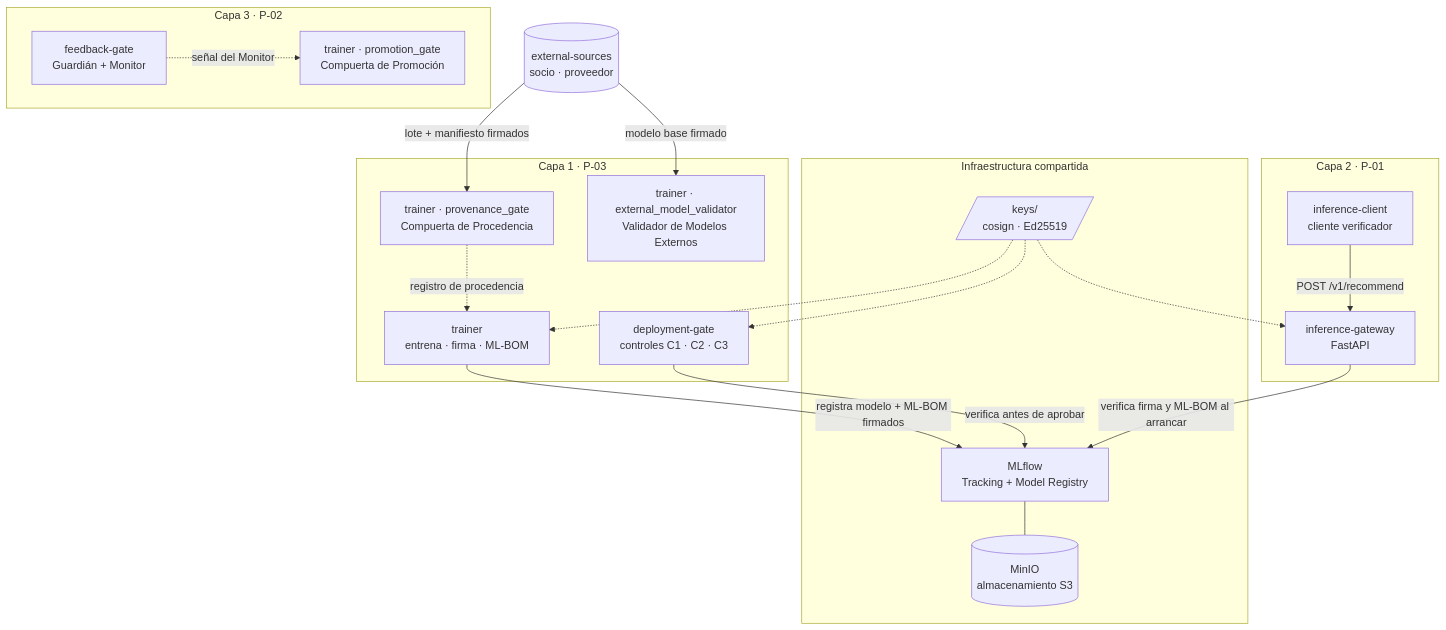
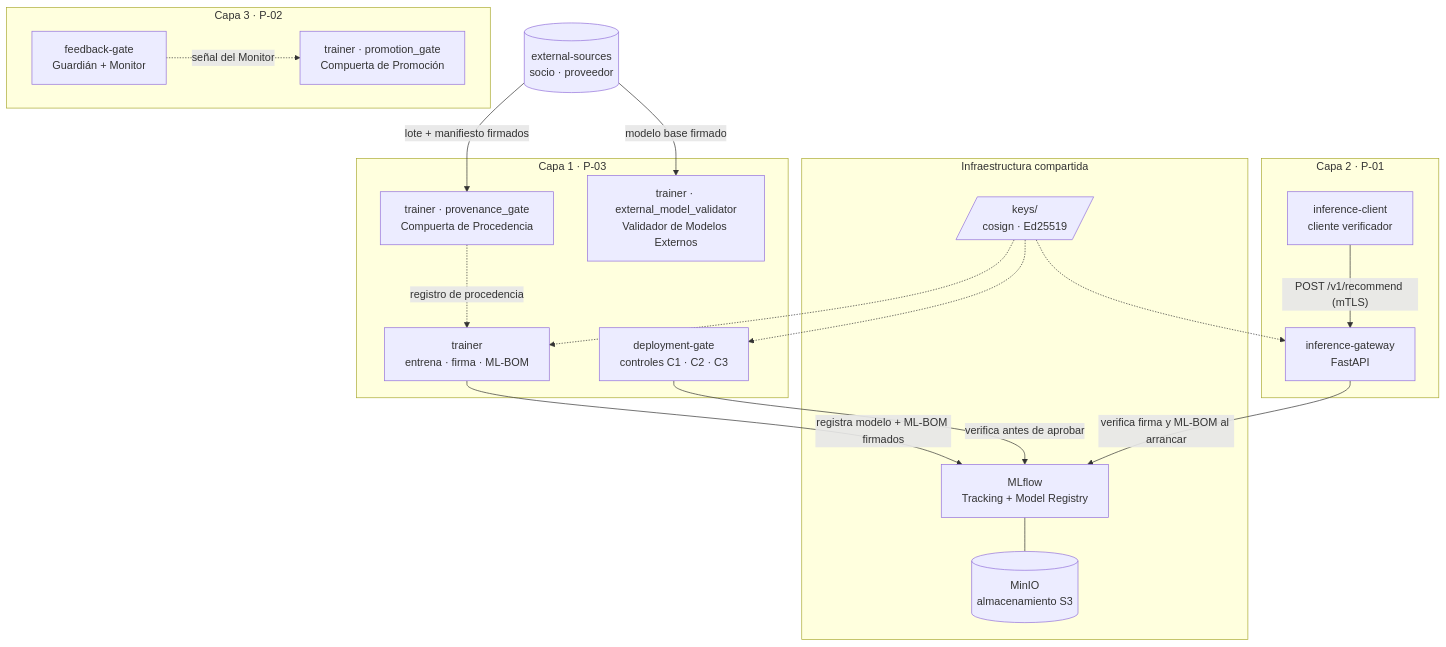
Before and after one commit to nromeron/Prototipo-RecoShop: the second of 4 diagrams in README.md, drawn with Mermaid. The commit also changed other lines of this file and 10 other files, not shown here.

````diff
--- a/README.md
+++ b/README.md
@@ -84,39 +84,39 @@
 ```mermaid
 flowchart TB
     subgraph INFRA["Infraestructura compartida"]
         MINIO[("MinIO<br/>almacenamiento S3")]
         MLFLOW["MLflow<br/>Tracking + Model Registry"]
         KEYS[/"keys/<br/>cosign · Ed25519"/]
         MLFLOW --- MINIO
     end
 
     subgraph L1["Capa 1 · P-03"]
         PROV["trainer · provenance_gate<br/>Compuerta de Procedencia"]
         EXT["trainer · external_model_validator<br/>Validador de Modelos Externos"]
         TRAINER["trainer<br/>entrena · firma · ML-BOM"]
         GATE["deployment-gate<br/>controles C1 · C2 · C3"]
     end
 
     subgraph L2["Capa 2 · P-01"]
         GW["inference-gateway<br/>FastAPI"]
         CLIENT["inference-client<br/>cliente verificador"]
     end
 
     subgraph L3["Capa 3 · P-02"]
         FB["feedback-gate<br/>Guardián + Monitor"]
         PG["trainer · promotion_gate<br/>Compuerta de Promoción"]
     end
 
     SRC[("external-sources<br/>socio · proveedor")]
     SRC -- "lote + manifiesto firmados" --> PROV
     SRC -- "modelo base firmado" --> EXT
     PROV -. "registro de procedencia" .-> TRAINER
     TRAINER -- "registra modelo + ML-BOM firmados" --> MLFLOW
     GATE -- "verifica antes de aprobar" --> MLFLOW
     GW -- "verifica firma y ML-BOM al arrancar" --> MLFLOW
-    CLIENT -- "POST /v1/recommend" --> GW
+    CLIENT -- "POST /v1/recommend (mTLS)" --> GW
     FB -. "señal del Monitor" .-> PG
     KEYS -.-> TRAINER
     KEYS -.-> GATE
     KEYS -.-> GW
 ```
````
